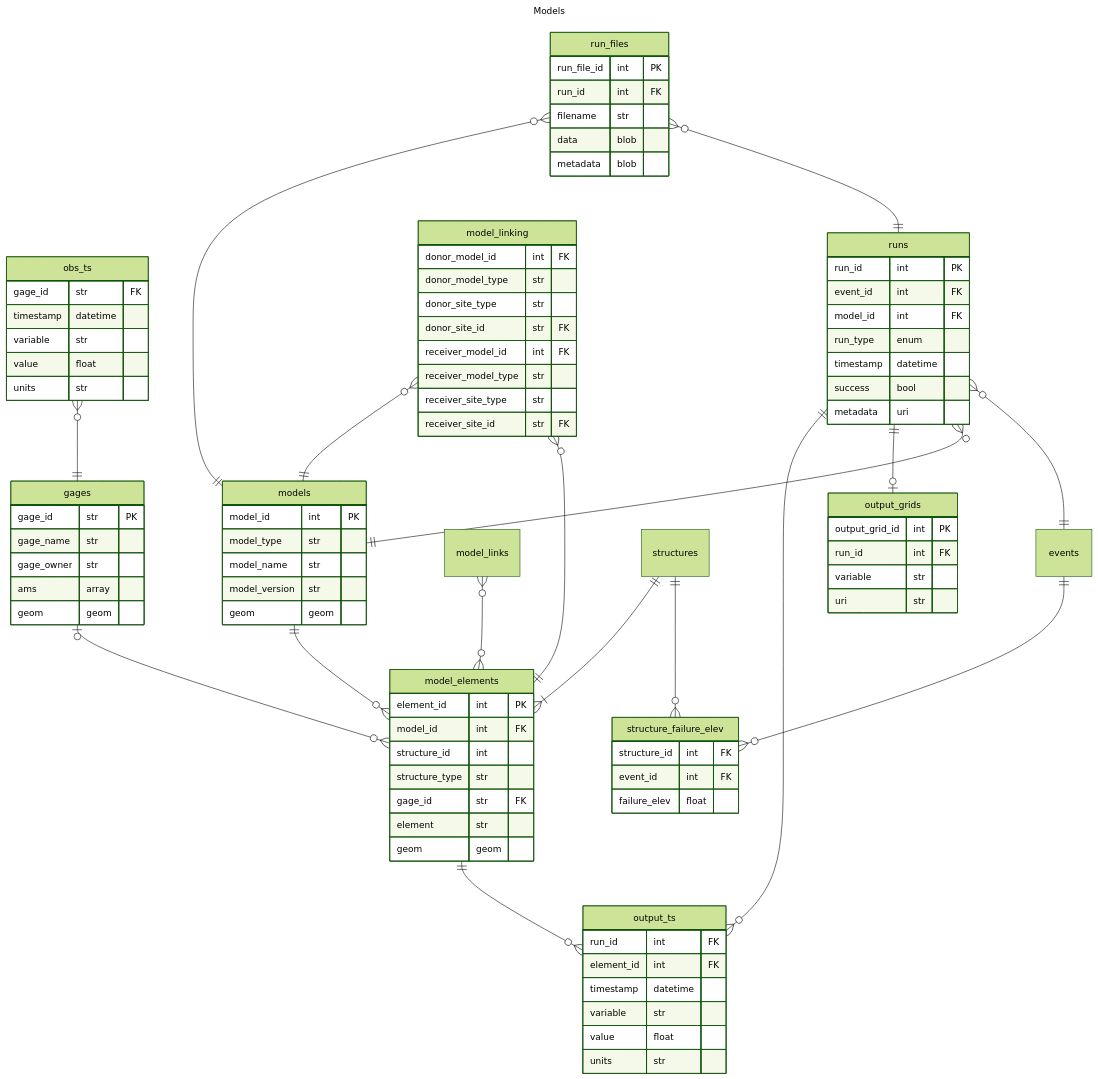
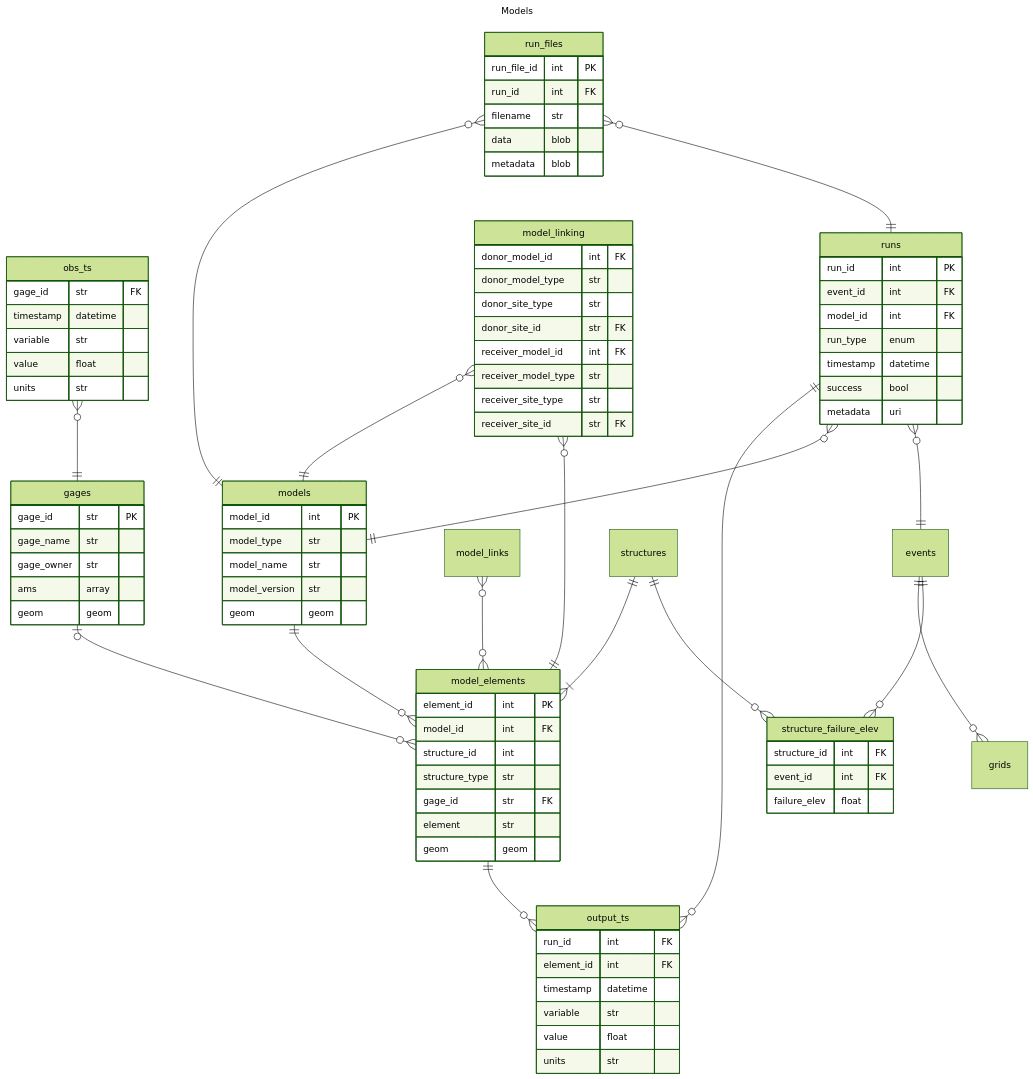
One commit to fema-ffrd/ffrd-data-model changed the diagram in rdb/models.mmd. Above: the diagram before and after it, drawn with Mermaid (forest theme). The commit also changed 4 other files, not shown here.

```diff
--- a/rdb/models.mmd
+++ b/rdb/models.mmd
@@ -1,102 +1,98 @@
 ---
 title: Models
 ---
 
 erDiagram
 
     obs_ts }o--|| gages : ""
     models ||--o{ model_elements : ""
     model_elements ||--o{ output_ts : ""
     model_links }o--o{ model_elements : ""
     run_files }o--|| models : ""
     run_files }o--|| runs : ""
     gages |o--o{ model_elements : ""
     runs ||--o{ output_ts : ""
-    runs ||--o| output_grids : ""
+    events ||--o{ grids : ""
     structures ||--|{ model_elements : ""
     structures ||--o{ structure_failure_elev : ""
     events ||--o{ structure_failure_elev : ""
     runs }o--|| models : ""
     runs }o--|| events : ""
     model_linking }o--|| models : ""
     model_linking }o--|| model_elements : ""
 
     events {
        }
     gages {
         gage_id str PK
         gage_name str
         gage_owner str
         ams array
         geom geom
     }
     models {
         model_id int PK
         model_type str
         model_name str
         model_version str
         geom geom
     }
     model_elements {
         element_id int PK
         model_id int FK
         structure_id int
         structure_type str
         gage_id str FK
         element str
         geom geom
     }
     model_linking {
         donor_model_id int FK
         donor_model_type str
         donor_site_type str
         donor_site_id str FK
         receiver_model_id int FK
         receiver_model_type str
         receiver_site_type str
         receiver_site_id str FK
     }
     run_files {
         run_file_id int PK
         run_id int FK
         filename str
         data blob
         metadata blob
     }
     output_ts {
         run_id int FK
         element_id int FK
         timestamp datetime
         variable str
         value float
         units str
     }
-    output_grids {
-        output_grid_id int PK
-        run_id int FK
-        variable str
-        uri str
+    grids {
     }
     obs_ts {
         gage_id str FK
         timestamp datetime
         variable str
         value float
         units str
     }
     structures {
     }
     runs {
         run_id int PK
         event_id int FK
         model_id int FK
         run_type enum
         timestamp datetime
         success bool
         metadata uri
     }
     structure_failure_elev {
         structure_id int FK
         event_id int FK
         failure_elev float
     }
```
